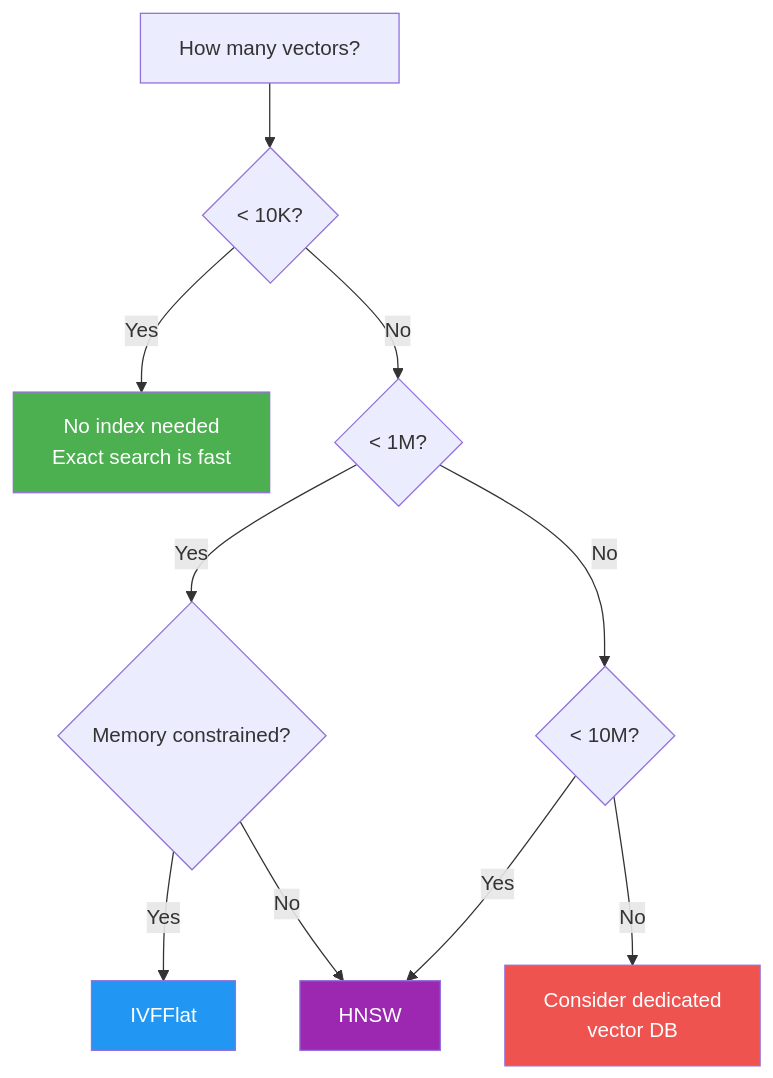
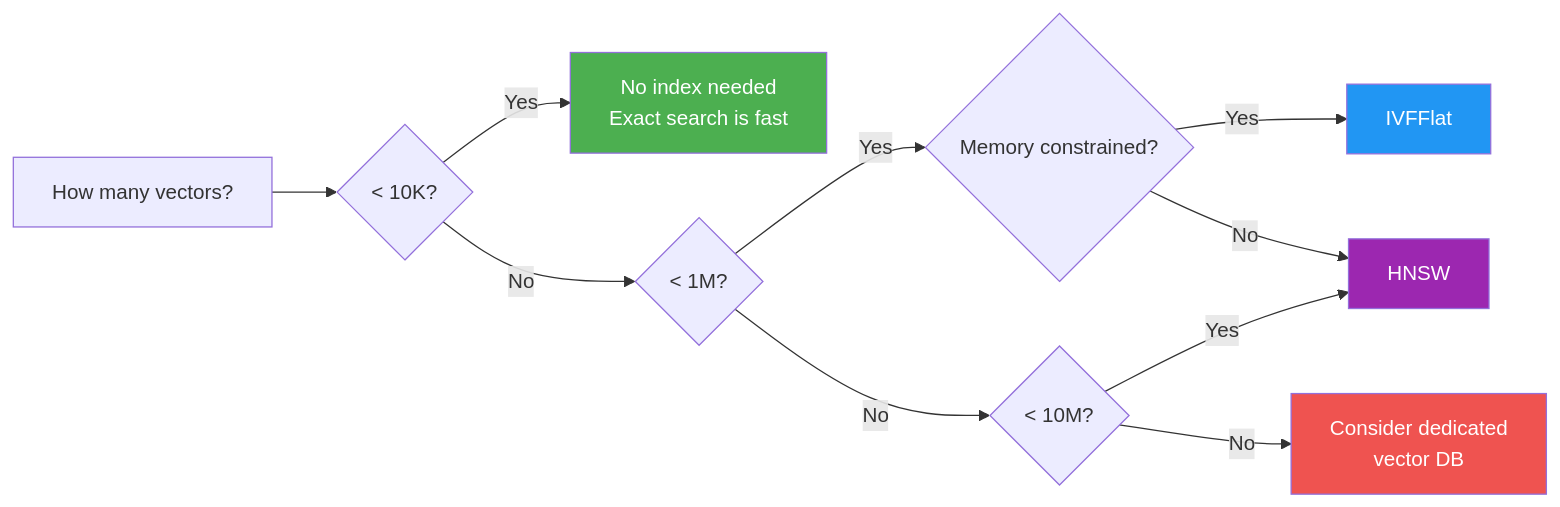
Before and after one commit to gameguild-gg/gameguild: the eighth of 20 diagrams in apps/web/src/data/courses/databases/14-vector-streaming/reveal.md, drawn with Mermaid. The commit also changed other lines of this file, not shown here.

Commit message:
fix(courses): mermaid ordering

````diff
--- a/apps/web/src/data/courses/databases/14-vector-streaming/reveal.md
+++ b/apps/web/src/data/courses/databases/14-vector-streaming/reveal.md
@@ -686,16 +686,16 @@
 ```mermaid
-flowchart TD
+flowchart LR
     A[How many vectors?] --> B{"< 10K?"}
     B -->|Yes| C[No index needed<br/>Exact search is fast]
     B -->|No| D{"< 1M?"}
     D -->|Yes| E{Memory constrained?}
     E -->|Yes| F[IVFFlat]
     E -->|No| G[HNSW]
     D -->|No| H{"< 10M?"}
     H -->|Yes| G
     H -->|No| I[Consider dedicated<br/>vector DB]
     style C fill:#4CAF50,color:#fff
     style F fill:#2196F3,color:#fff
     style G fill:#9C27B0,color:#fff
     style I fill:#EF5350,color:#fff
 ```
````
